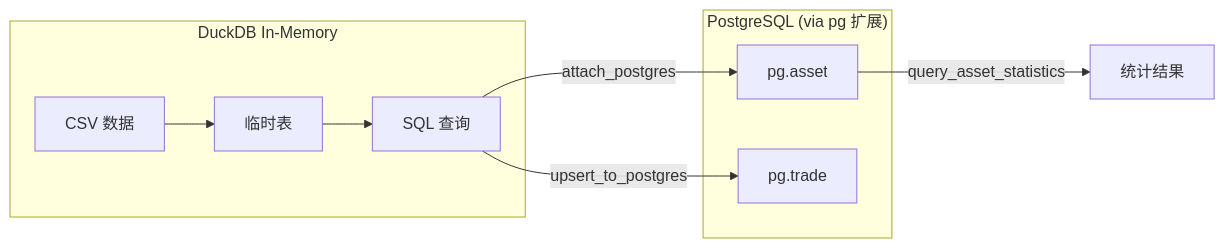
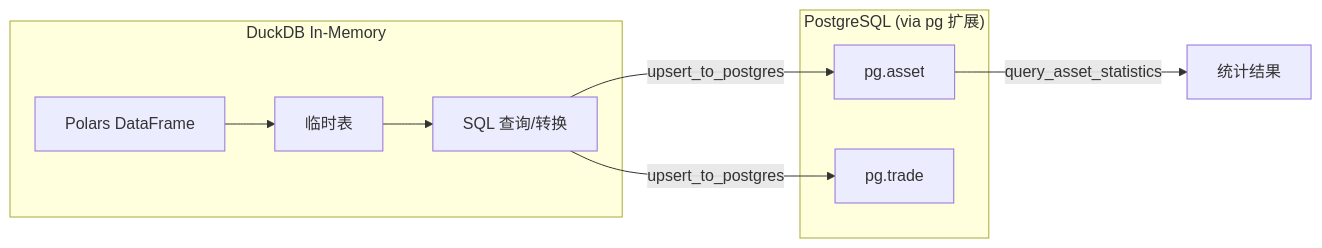
Before and after one commit to zhj0513/small_etl: the sixth of 8 diagrams in doc/architecture.md, drawn with Mermaid. The commit also changed other lines of this file and 3 other files, not shown here.

````diff
--- a/doc/architecture.md
+++ b/doc/architecture.md
@@ -931,16 +914,16 @@
 ```mermaid
 flowchart LR
     subgraph DuckDB["DuckDB In-Memory"]
-        CSV["CSV 数据"] --> TempTable["临时表"]
-        TempTable --> Query["SQL 查询"]
+        DF["Polars DataFrame"] --> TempTable["临时表"]
+        TempTable --> Query["SQL 查询/转换"]
     end
 
     subgraph PG["PostgreSQL (via pg 扩展)"]
         Asset["pg.asset"]
         Trade["pg.trade"]
     end
 
-    Query --> |attach_postgres| Asset
+    Query --> |upsert_to_postgres| Asset
     Query --> |upsert_to_postgres| Trade
     Asset --> |query_asset_statistics| Stats["统计结果"]
 ```
````
